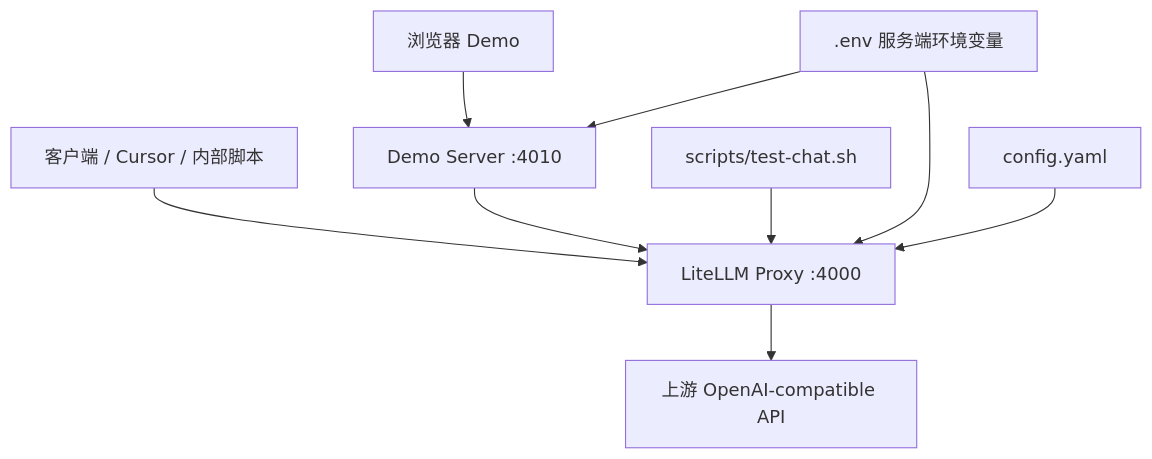
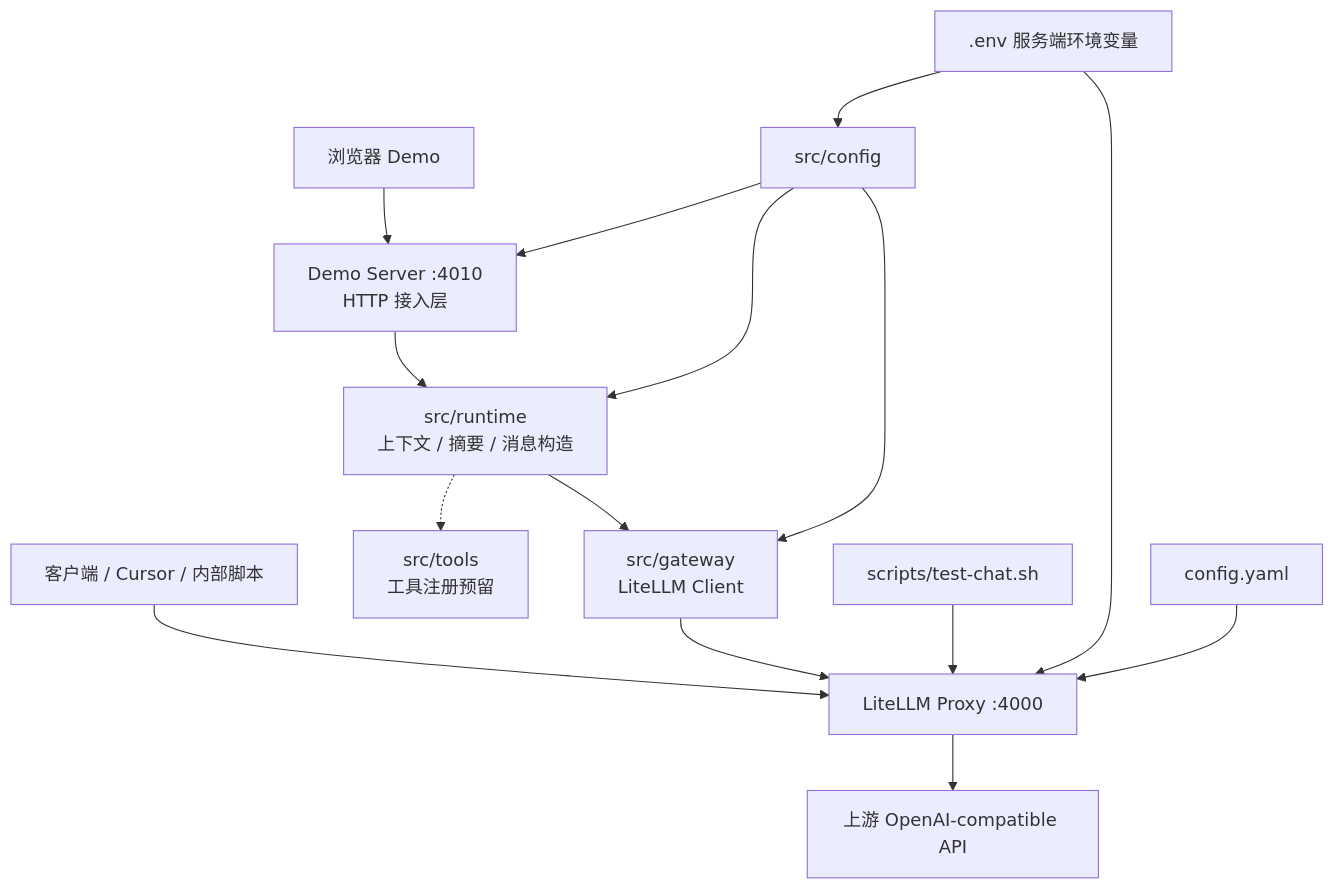
One commit to leidaibo-lab/ai-platform changed the fourth of 5 diagrams in docs/ai-structure.md. Above: the diagram before and after it, drawn with Mermaid. The commit also changed other lines of this file and 20 other files, not shown here.

Commit message:
feat(ai-gateway): 落地分层 Runtime 与架构定义

````diff
--- a/docs/ai-structure.md
+++ b/docs/ai-structure.md
@@ -16,11 +169,17 @@
 ```mermaid
 flowchart TD
   Client["客户端 / Cursor / 内部脚本"] --> LiteLLM["LiteLLM Proxy :4000"]
-  Browser["浏览器 Demo"] --> DemoServer["Demo Server :4010"]
-  DemoServer --> LiteLLM
+  Browser["浏览器 Demo"] --> DemoServer["Demo Server :4010<br/>HTTP 接入层"]
+  DemoServer --> Runtime["src/runtime<br/>上下文 / 摘要 / 消息构造"]
+  Runtime -.-> ToolRegistry["src/tools<br/>工具注册预留"]
+  Runtime --> GatewayClient["src/gateway<br/>LiteLLM Client"]
+  GatewayClient --> LiteLLM
   Smoke["scripts/test-chat.sh"] --> LiteLLM
   LiteLLM --> Upstream["上游 OpenAI-compatible API"]
-  Env[".env 服务端环境变量"] --> DemoServer
+  Env[".env 服务端环境变量"] --> ConfigLoader["src/config"]
+  ConfigLoader --> DemoServer
+  ConfigLoader --> Runtime
+  ConfigLoader --> GatewayClient
   Env --> LiteLLM
   Config["config.yaml"] --> LiteLLM
 ```
````
